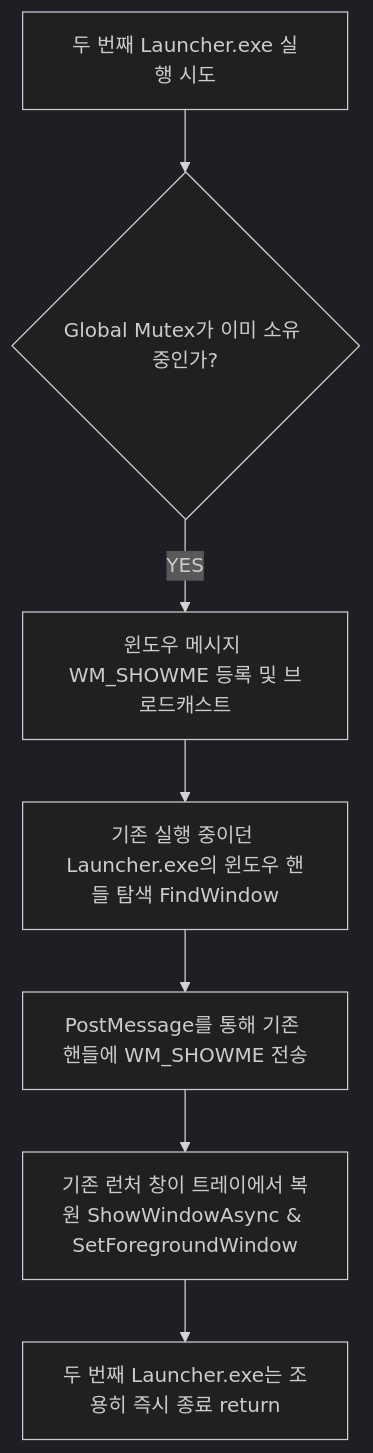
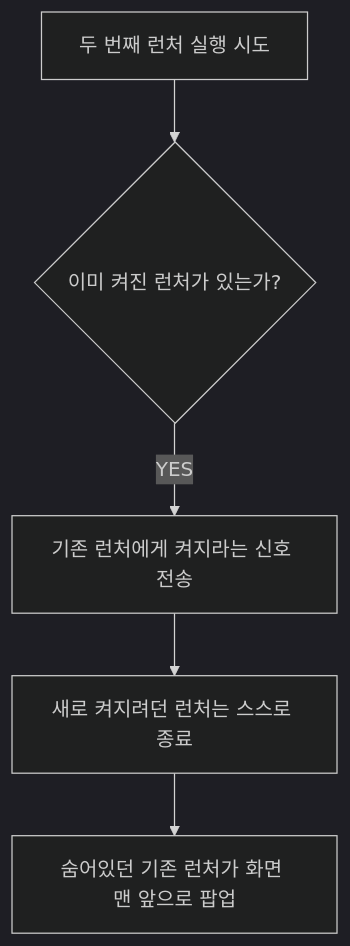
Before and after one commit to chokchok07/ContentsLuncher: the diagram in 런처프로그램(리펙토링)/기획 문서/Feature_Tray_Scheduler.md, drawn with Mermaid (dark theme). The commit also changed other lines of this file and 7 other files, not shown here.

````diff
--- a/런처프로그램(리펙토링)/기획 문서/Feature_Tray_Scheduler.md
+++ b/런처프로그램(리펙토링)/기획 문서/Feature_Tray_Scheduler.md
@@ -18,9 +18,7 @@
 ```mermaid
 graph TD
-    A[두 번째 Launcher.exe 실행 시도] --> B{Global Mutex가 이미 소유 중인가?}
-    B -- YES --> C[윈도우 메시지 WM_SHOWME 등록 및 브로드캐스트]
-    C --> D[기존 실행 중이던 Launcher.exe의 윈도우 핸들 탐색 FindWindow]
-    D --> E[PostMessage를 통해 기존 핸들에 WM_SHOWME 전송]
-    E --> F[기존 런처 창이 트레이에서 복원 ShowWindowAsync & SetForegroundWindow]
-    F --> G[두 번째 Launcher.exe는 조용히 즉시 종료 return]
+    A[두 번째 런처 실행 시도] --> B{이미 켜진 런처가 있는가?}
+    B -- YES --> C[기존 런처에게 켜지라는 신호 전송]
+    C --> D[새로 켜지려던 런처는 스스로 종료]
+    D --> E[숨어있던 기존 런처가 화면 맨 앞으로 팝업]
 ```
````
